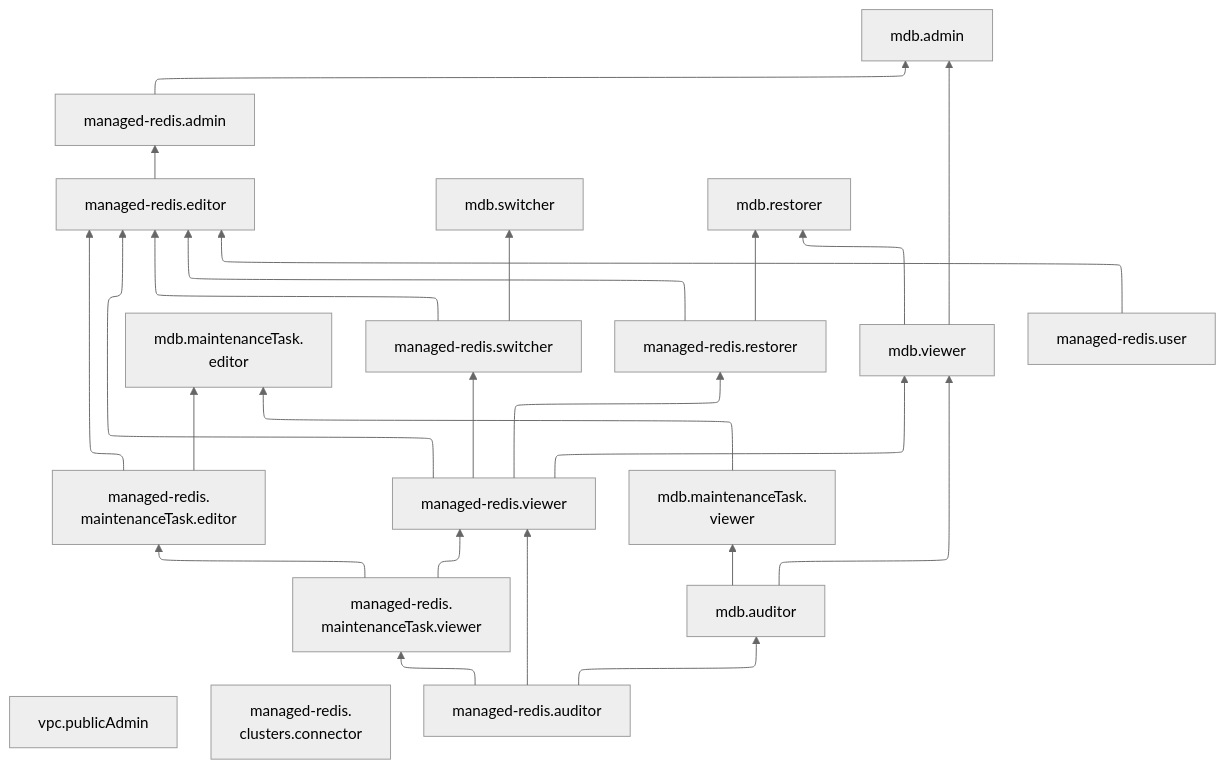
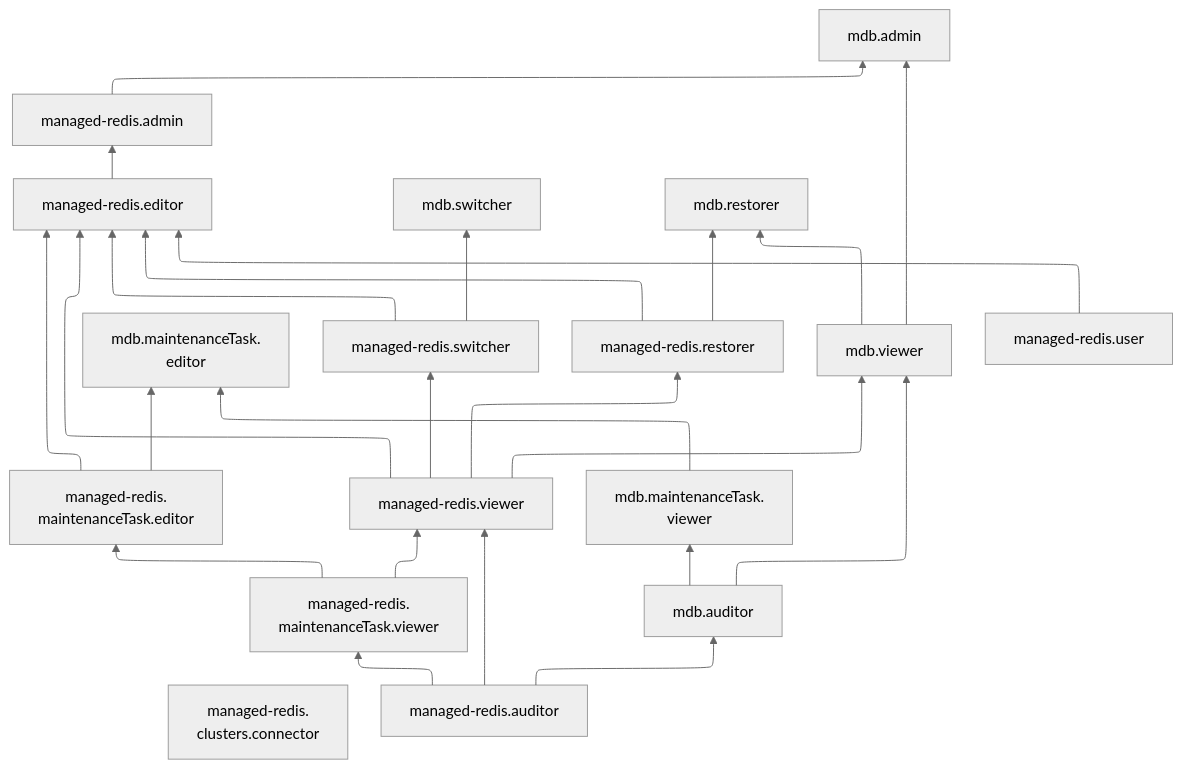
The diagram in md-docs/managed-valkey/security/index.md (yandex-cloud/docs), drawn with Mermaid (neutral theme) before and after one commit. The commit also changed 532 other files, not shown here.

````diff
--- a/md-docs/managed-valkey/security/index.md
+++ b/md-docs/managed-valkey/security/index.md
@@ -39,35 +39,35 @@
 ```mermaid
-%%{
-  init: {
-    "flowchart": { "defaultRenderer": "elk" },
-    "elk": { "nodePlacementStrategy": "NETWORK_SIMPLEX" }
-  }
-}%%
+---
+config:
+  flowchart:
+    defaultRenderer: elk
+  elk:
+    nodePlacementStrategy: NETWORK_SIMPLEX
+---
 flowchart BT
-  vpc.publicAdmin
   managed-redis.clusters.connector["`managed-redis.
   clusters.connector`"]
   managed-redis.auditor --> managed-redis.maintenanceTask.viewer["`managed-redis.
   maintenanceTask.viewer`"] --> managed-redis.maintenanceTask.editor["`managed-redis.
   maintenanceTask.editor`"] --> managed-redis.editor --> managed-redis.admin --> mdb.admin
   managed-redis.maintenanceTask.editor["`managed-redis.
   maintenanceTask.editor`"] --> mdb.maintenanceTask.editor["`mdb.maintenanceTask.
   editor`"]
   managed-redis.viewer --> managed-redis.switcher --> mdb.switcher
   managed-redis.viewer --> managed-redis.restorer --> mdb.restorer
   mdb.viewer --> mdb.restorer
   managed-redis.switcher --> managed-redis.editor
   managed-redis.restorer --> managed-redis.editor
   managed-redis.user --> managed-redis.editor
   managed-redis.maintenanceTask.viewer["`managed-redis.
   maintenanceTask.viewer`"] --> managed-redis.viewer
   managed-redis.viewer --> managed-redis.editor
   mdb.maintenanceTask.viewer["`mdb.maintenanceTask.
   viewer`"] --> mdb.maintenanceTask.editor["`mdb.maintenanceTask.
   editor`"]
   managed-redis.auditor --> mdb.auditor --> mdb.maintenanceTask.viewer["`mdb.maintenanceTask.
   viewer`"]
   mdb.auditor --> mdb.viewer
   managed-redis.auditor --> managed-redis.viewer --> mdb.viewer
   mdb.viewer --> mdb.admin
 ```
````
